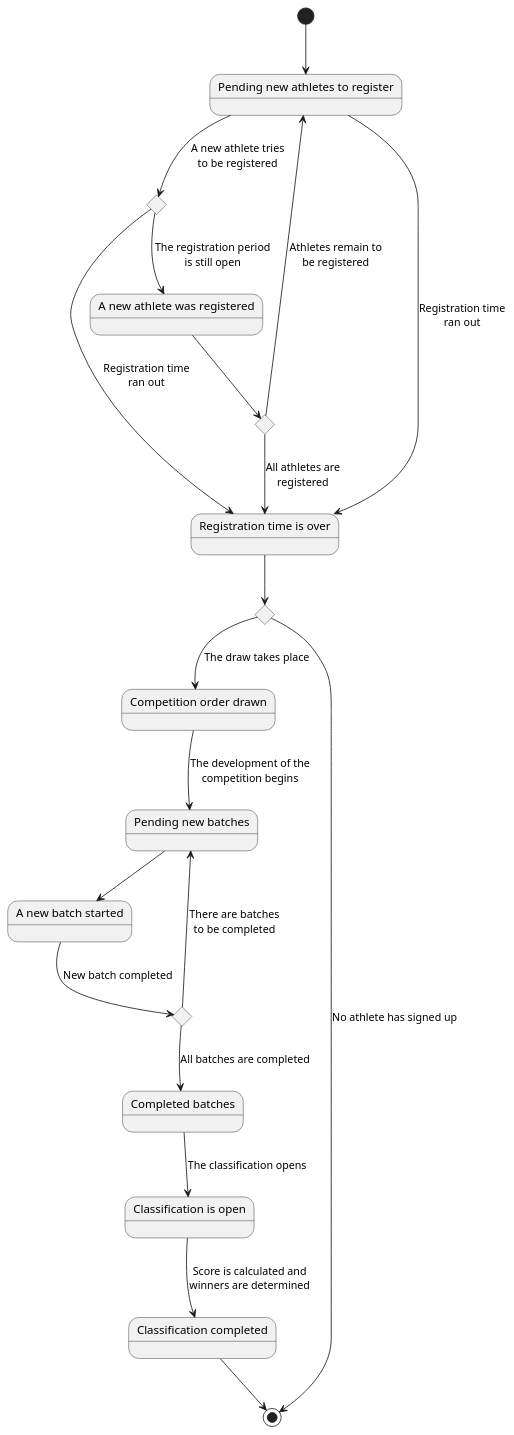
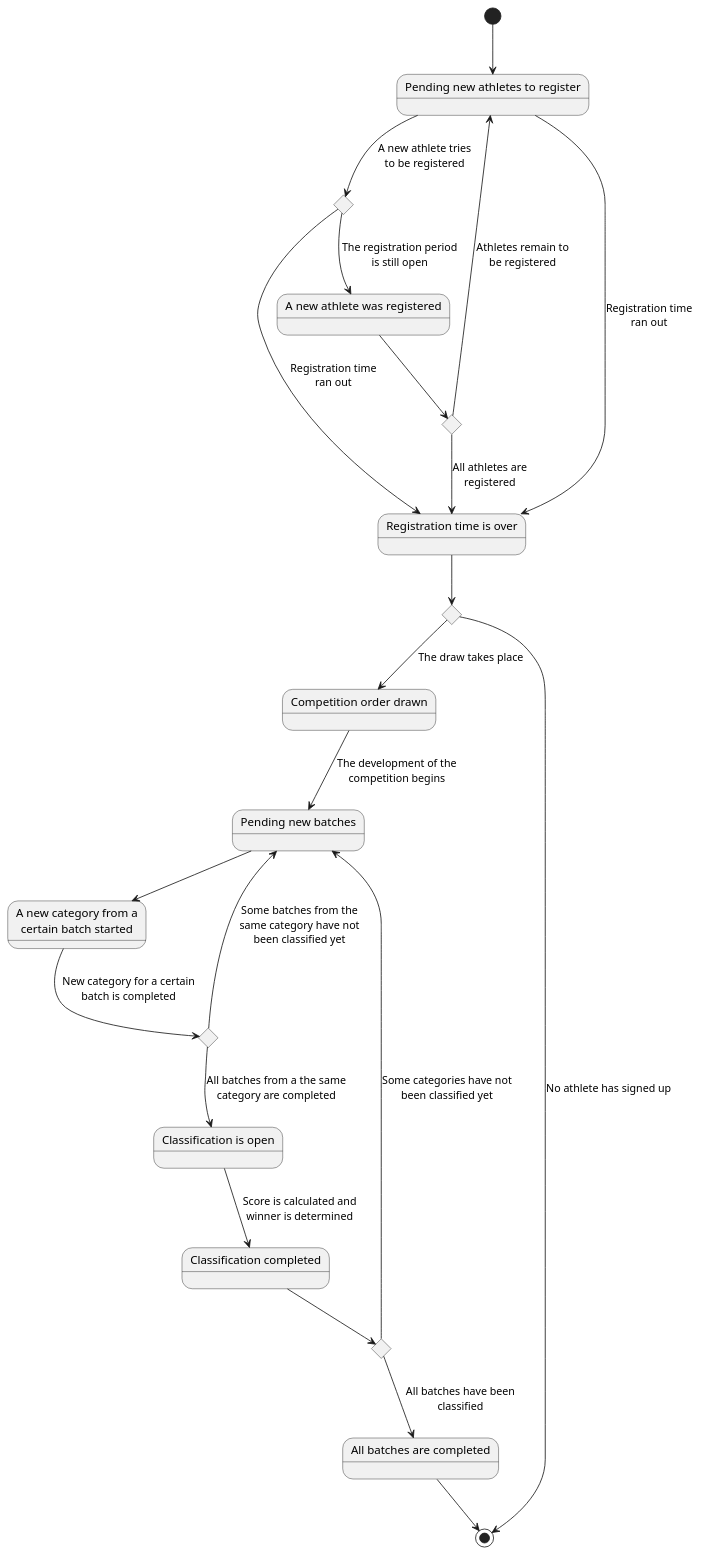
The diagram in diagrams/states/1-competitionStates.puml (zuldare/mastercloud_pfm_halterocms), drawn with PlantUML before and after one commit.

```diff
--- a/diagrams/states/1-competitionStates.puml
+++ b/diagrams/states/1-competitionStates.puml
@@ -1,38 +1,40 @@
 @startuml
 state "Pending new athletes to register" as PendingAthletesToRegister
 state "Is the registration time still open?" as IsRegistrationOpenCHC <<choice>>
 state "More athletes to register pending?" as MoreAthletesToRegisterCHC <<choice>>
 state "A new athlete was registered" as NewAthleteRegistered
 state "Registration time is over" as RegistrationTimeOver
 state "Is there any athlete registered?" as AnyAthletesRegisteredCHC <<choice>>
 state "Competition order drawn" as CompetitionOrderDrawn
 state "Pending new batches" as PendingNewBatch
-state "A new batch started" as StartedNewBatch
-state "More batches pending?" as MoreBatchesCHC <<choice>>
-state "Completed batches" as CompletedBatches
+state "A new category from a\ncertain batch started" as StartedNewBatchCategory
+state "More batches pending?" as MoreCategoryBatchesCHC <<choice>>
 state "Classification is open" as OpenClassification
 state "Classification completed" as CompletedClassification
+state "More batches from other categories pending?" as MoreBatchesCHC <<choice>>
+state "All batches are completed" as CompletedBatches
 
 [*] --> PendingAthletesToRegister
 PendingAthletesToRegister --> IsRegistrationOpenCHC : A new athlete tries\nto be registered
 IsRegistrationOpenCHC --> RegistrationTimeOver : Registration time\nran out
 IsRegistrationOpenCHC --> NewAthleteRegistered : The registration period\nis still open
 NewAthleteRegistered --> MoreAthletesToRegisterCHC
 MoreAthletesToRegisterCHC --> PendingAthletesToRegister : Athletes remain to\nbe registered
 MoreAthletesToRegisterCHC --> RegistrationTimeOver : All athletes are\nregistered
 PendingAthletesToRegister --> RegistrationTimeOver : Registration time\nran out
 RegistrationTimeOver --> AnyAthletesRegisteredCHC
 AnyAthletesRegisteredCHC --> CompetitionOrderDrawn : The draw takes place
 AnyAthletesRegisteredCHC --> [*] : No athlete has signed up
 CompetitionOrderDrawn --> PendingNewBatch : The development of the\ncompetition begins
 
-PendingNewBatch --> StartedNewBatch
-StartedNewBatch --> MoreBatchesCHC : New batch completed
+PendingNewBatch --> StartedNewBatchCategory
+StartedNewBatchCategory --> MoreCategoryBatchesCHC : New category for a certain\nbatch is completed
 
-MoreBatchesCHC --> PendingNewBatch : There are batches\nto be completed
-MoreBatchesCHC --> CompletedBatches : All batches are completed
-
-CompletedBatches --> OpenClassification : The classification opens
-OpenClassification --> CompletedClassification : Score is calculated and\nwinners are determined
-CompletedClassification --> [*]
+MoreCategoryBatchesCHC --> PendingNewBatch : Some batches from the\nsame category have not\nbeen classified yet
+MoreCategoryBatchesCHC --> OpenClassification : All batches from a the same\ncategory are completed
+OpenClassification --> CompletedClassification : Score is calculated and\nwinner is determined
+CompletedClassification --> MoreBatchesCHC
+MoreBatchesCHC --> PendingNewBatch : Some categories have not\nbeen classified yet
+MoreBatchesCHC --> CompletedBatches : All batches have been\nclassified
+CompletedBatches --> [*]
 @enduml
```
